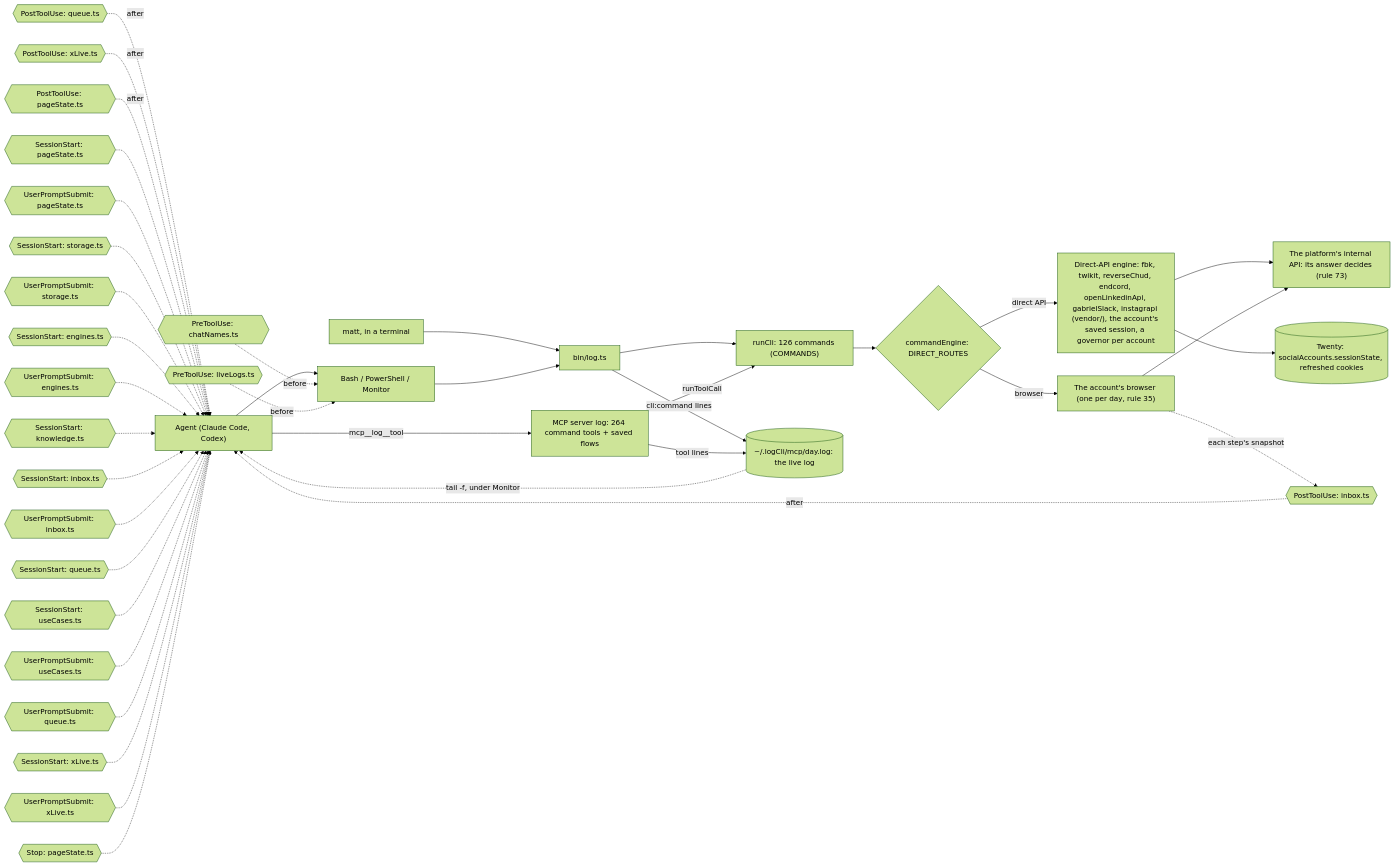
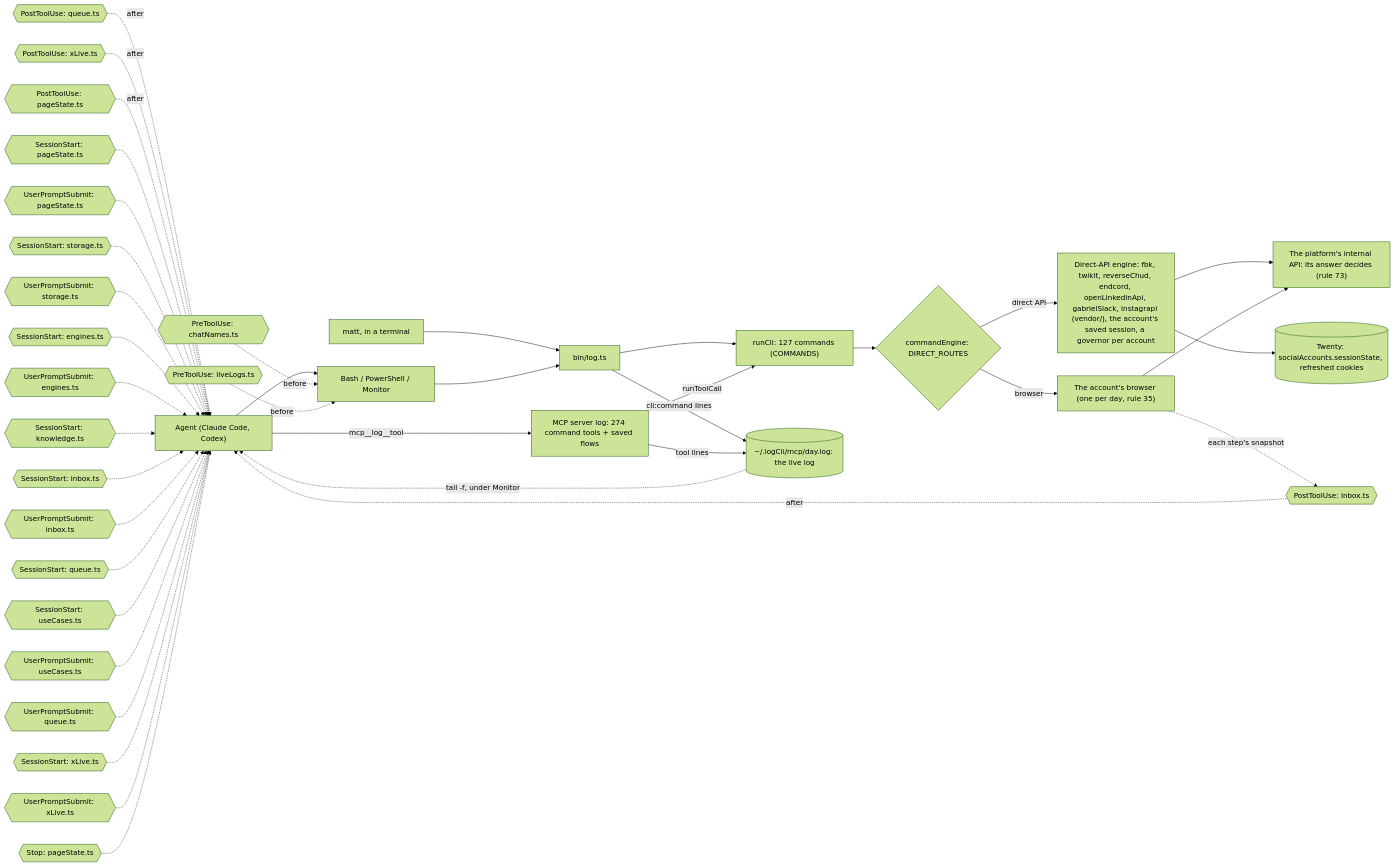
The diagram in docs/diagrams/surface.mmd (matthewdonsemail-lab/log), drawn with Mermaid (forest theme) before and after one commit. The commit also changed 2 other files, not shown here.

Commit message:
log mobile android: rebuild the generated docs and the baseline onto the current main

```diff
--- a/docs/diagrams/surface.mmd
+++ b/docs/diagrams/surface.mmd
@@ -1,53 +1,53 @@
 %% How a call reaches log-cli. From a shell or over MCP, both run the same commands through `runCli`, write the same live log, and pass through the same hooks. `commandEngine` sends each command to the platform's direct API or to the account's browser.
 %% Written by `bun run docs:build` from the code (rule 56). Not edited by hand.
 flowchart LR
   agent["Agent (Claude Code, Codex)"]
   matt["matt, in a terminal"]
   shell["Bash / PowerShell / Monitor"]
-  mcp["MCP server log: 264 command tools + saved flows"]
+  mcp["MCP server log: 274 command tools + saved flows"]
   bin["bin/log.ts"]
-  runCli["runCli: 126 commands (COMMANDS)"]
+  runCli["runCli: 127 commands (COMMANDS)"]
   live[("~/.logCli/mcp/day.log: the live log")]
   engine{"commandEngine: DIRECT_ROUTES"}
   direct["Direct-API engine: fbk, twikit, reverseChud, endcord, openLinkedinApi, gabrielSlack, instagrapi (vendor/), the account's saved session, a governor per account"]
   browser["The account's browser (one per day, rule 35)"]
   api["The platform's internal API: its answer decides (rule 73)"]
   twenty[("Twenty: socialAccounts.sessionState, refreshed cookies")]
   agent --> shell
   matt --> bin
   shell --> bin
   agent -->|mcp__log__tool| mcp
   bin --> runCli
   mcp -->|runToolCall| runCli
   runCli --> engine
   engine -->|direct API| direct
   engine -->|browser| browser
   direct --> api
   browser --> api
   direct --> twenty
   bin -->|cli:command lines| live
   mcp -->|tool lines| live
   live -.->|tail -f, under Monitor| agent
   pre0{{"PreToolUse: chatNames.ts"}} -.->|before| shell
   pre1{{"PreToolUse: liveLogs.ts"}} -.->|before| shell
   post0{{"PostToolUse: inbox.ts"}} -.->|after| agent
   post1{{"PostToolUse: queue.ts"}} -.->|after| agent
   post2{{"PostToolUse: xLive.ts"}} -.->|after| agent
   post3{{"PostToolUse: pageState.ts"}} -.->|after| agent
   turn0{{"SessionStart: pageState.ts"}} -.-> agent
   turn1{{"UserPromptSubmit: pageState.ts"}} -.-> agent
   turn2{{"SessionStart: storage.ts"}} -.-> agent
   turn3{{"UserPromptSubmit: storage.ts"}} -.-> agent
   turn4{{"SessionStart: engines.ts"}} -.-> agent
   turn5{{"UserPromptSubmit: engines.ts"}} -.-> agent
   turn6{{"SessionStart: knowledge.ts"}} -.-> agent
   turn7{{"SessionStart: inbox.ts"}} -.-> agent
   turn8{{"UserPromptSubmit: inbox.ts"}} -.-> agent
   turn9{{"SessionStart: queue.ts"}} -.-> agent
   turn10{{"SessionStart: useCases.ts"}} -.-> agent
   turn11{{"UserPromptSubmit: useCases.ts"}} -.-> agent
   turn12{{"UserPromptSubmit: queue.ts"}} -.-> agent
   turn13{{"SessionStart: xLive.ts"}} -.-> agent
   turn14{{"UserPromptSubmit: xLive.ts"}} -.-> agent
   turn15{{"Stop: pageState.ts"}} -.-> agent
   browser -.->|each step's snapshot| post0
```
